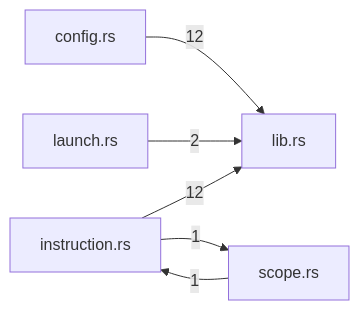
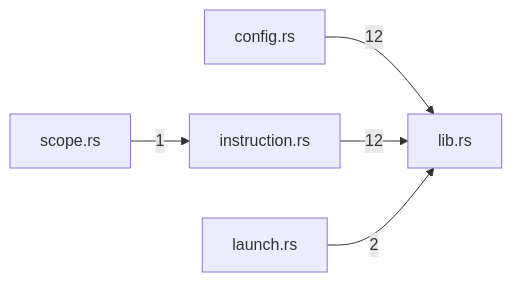
The diagram in crates/profile/docs/generated/index.md (TekesApps/TekesKernel), drawn with Mermaid before and after one commit. The commit also changed other lines of this file and 57 other files, not shown here.

````diff
--- a/crates/profile/docs/generated/index.md
+++ b/crates/profile/docs/generated/index.md
@@ -45,13 +47,12 @@
 ```mermaid
 flowchart LR
   m0["config.rs"]
   m1["instruction.rs"]
   m2["launch.rs"]
   m3["lib.rs"]
   m4["scope.rs"]
   m0 -->|"12"| m3
   m1 -->|"12"| m3
-  m1 -->|"1"| m4
   m2 -->|"2"| m3
   m4 -->|"1"| m1
 ```
````
